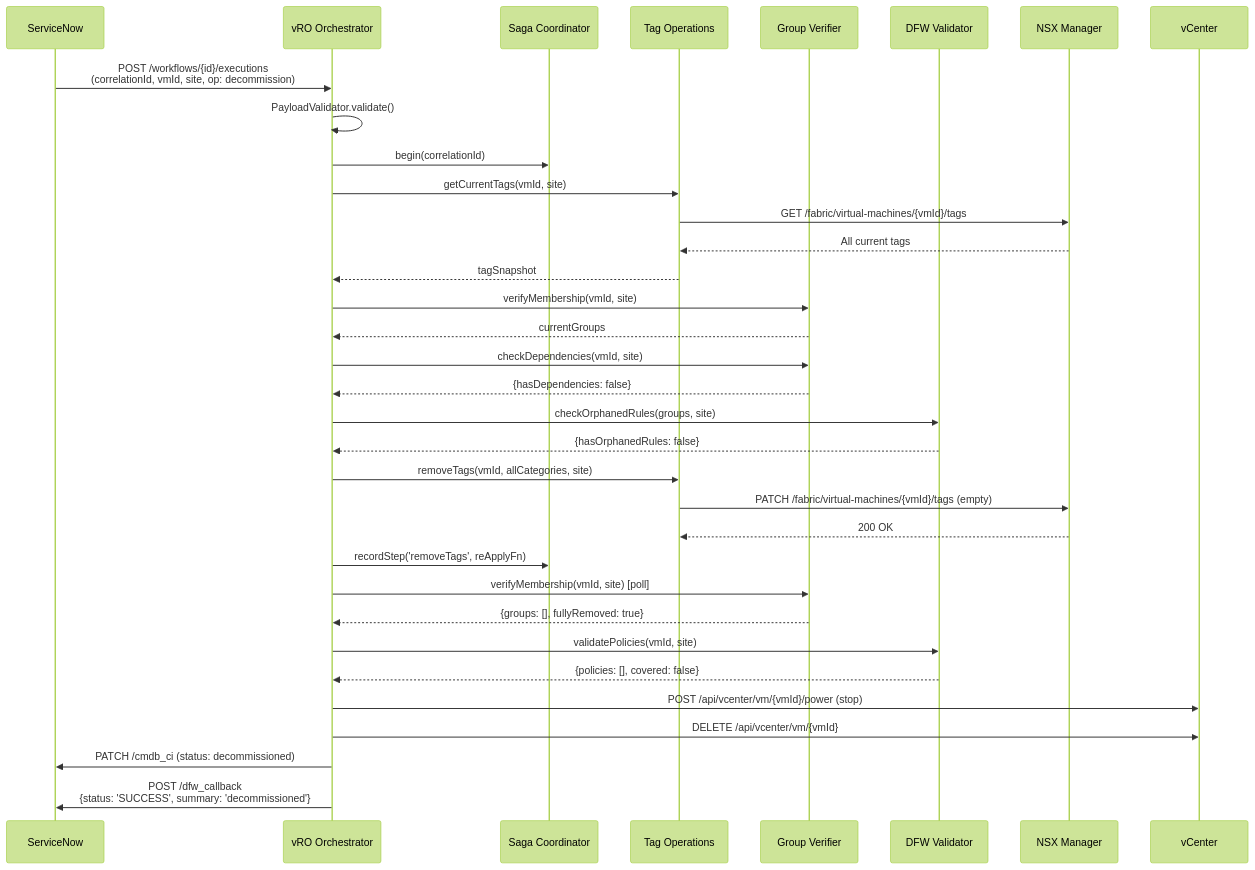
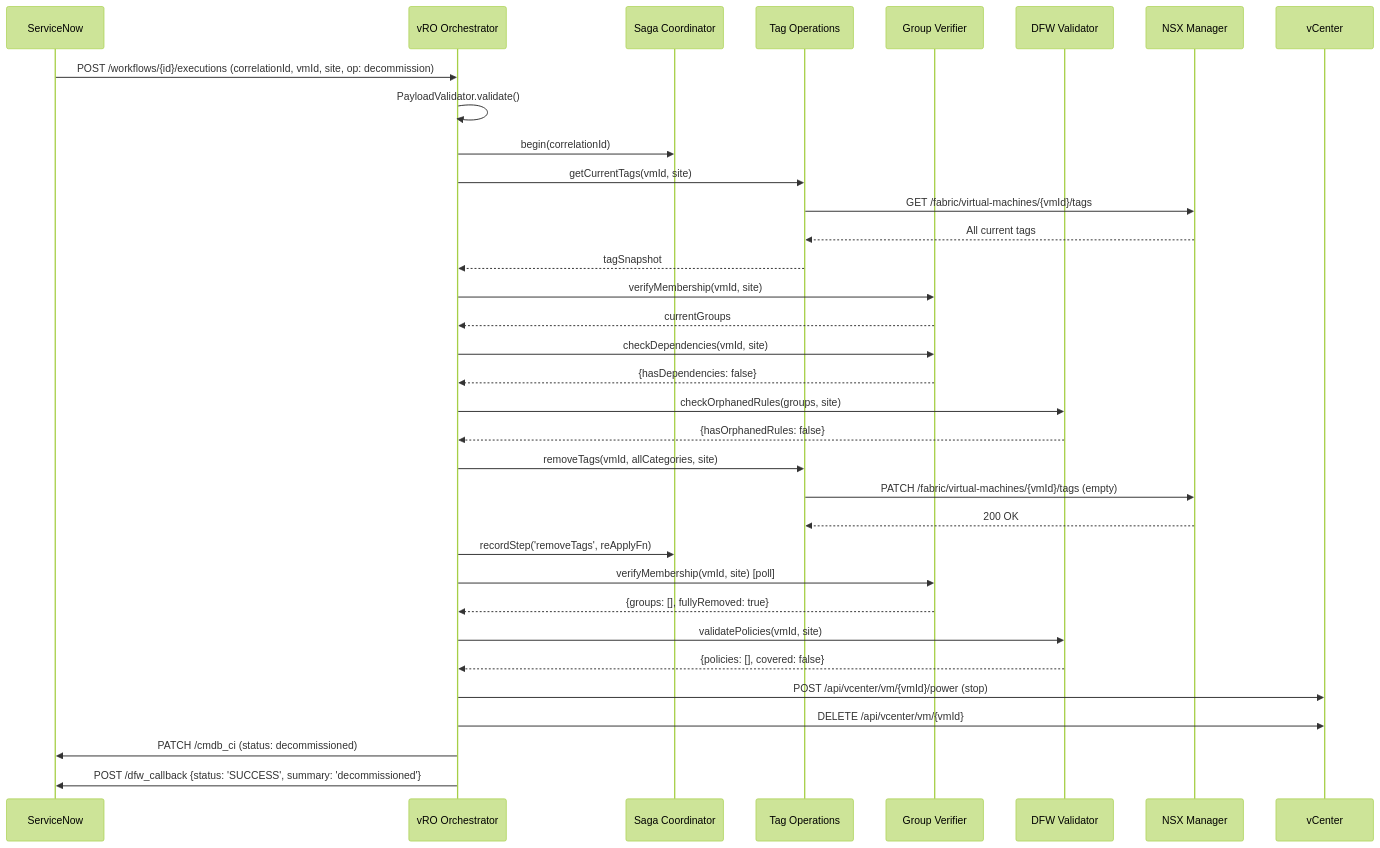
The fifth of 7 diagrams in docs/HLD.md (srikanth-nalam/dfw-automation-pipeline), drawn with Mermaid (forest theme) before and after one commit. The commit also changed other lines of this file and 8 other files, not shown here.

First line of the commit message:
fix(docs): resolve Mermaid diagram rendering issues in HLD.md

````diff
--- a/docs/HLD.md
+++ b/docs/HLD.md
@@ -420,46 +420,46 @@
 ```mermaid
 sequenceDiagram
     participant SNOW as ServiceNow
     participant VRO as vRO Orchestrator
     participant Saga as Saga Coordinator
     participant Tags as Tag Operations
     participant Groups as Group Verifier
     participant DFW as DFW Validator
     participant NSX as NSX Manager
     participant VC as vCenter
 
-    SNOW->>VRO: POST /workflows/{id}/executions<br/>(correlationId, vmId, site, op: decommission)
+    SNOW->>VRO: POST /workflows/{id}/executions (correlationId, vmId, site, op: decommission)
     VRO->>VRO: PayloadValidator.validate()
     VRO->>Saga: begin(correlationId)
 
     VRO->>Tags: getCurrentTags(vmId, site)
     Tags->>NSX: GET /fabric/virtual-machines/{vmId}/tags
     NSX-->>Tags: All current tags
     Tags-->>VRO: tagSnapshot
 
     VRO->>Groups: verifyMembership(vmId, site)
     Groups-->>VRO: currentGroups
 
     VRO->>Groups: checkDependencies(vmId, site)
     Groups-->>VRO: {hasDependencies: false}
 
     VRO->>DFW: checkOrphanedRules(groups, site)
     DFW-->>VRO: {hasOrphanedRules: false}
 
     VRO->>Tags: removeTags(vmId, allCategories, site)
     Tags->>NSX: PATCH /fabric/virtual-machines/{vmId}/tags (empty)
     NSX-->>Tags: 200 OK
     VRO->>Saga: recordStep('removeTags', reApplyFn)
 
     VRO->>Groups: verifyMembership(vmId, site) [poll]
     Groups-->>VRO: {groups: [], fullyRemoved: true}
 
     VRO->>DFW: validatePolicies(vmId, site)
     DFW-->>VRO: {policies: [], covered: false}
 
     VRO->>VC: POST /api/vcenter/vm/{vmId}/power (stop)
     VRO->>VC: DELETE /api/vcenter/vm/{vmId}
 
     VRO->>SNOW: PATCH /cmdb_ci (status: decommissioned)
-    VRO->>SNOW: POST /dfw_callback<br/>{status: 'SUCCESS', summary: 'decommissioned'}
+    VRO->>SNOW: POST /dfw_callback {status: 'SUCCESS', summary: 'decommissioned'}
 ```
````
